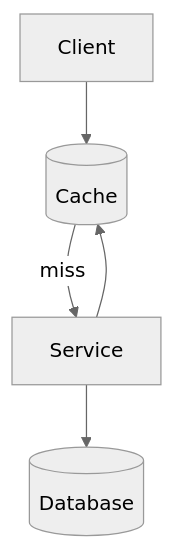
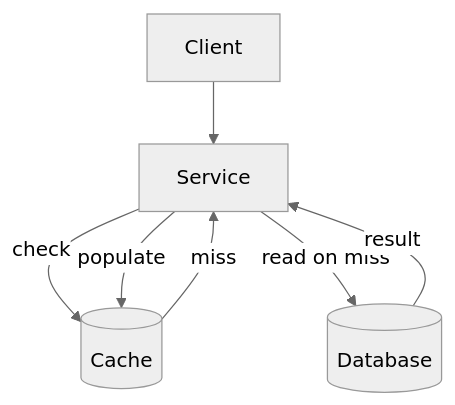
The diagram in docs/engineering/system-design/caching.md (khodorkin-dmitrii/android-dev-handbook), drawn with Mermaid (neutral theme) before and after one commit. The commit also changed other lines of this file and 15 other files, not shown here.

````diff
--- a/docs/engineering/system-design/caching.md
+++ b/docs/engineering/system-design/caching.md
@@ -9,7 +9,9 @@
 ```mermaid
 flowchart TD
-    C[Client] --> K[(Cache)]
-    K -->|miss| S[Service]
-    S --> D[(Database)]
-    S --> K
+    C[Client] --> S[Service]
+    S -->|check| K[(Cache)]
+    K -->|miss| S
+    S -->|read on miss| D[(Database)]
+    D -->|result| S
+    S -->|populate| K
 ```
````
